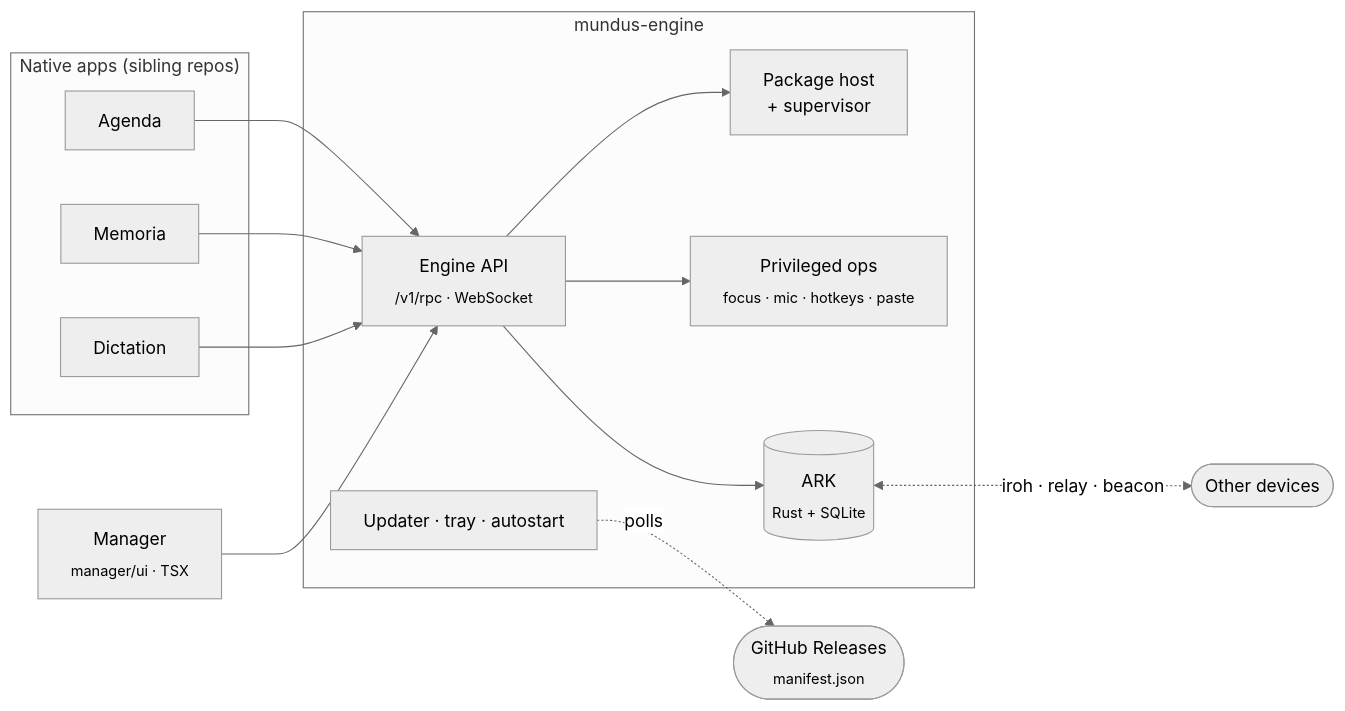
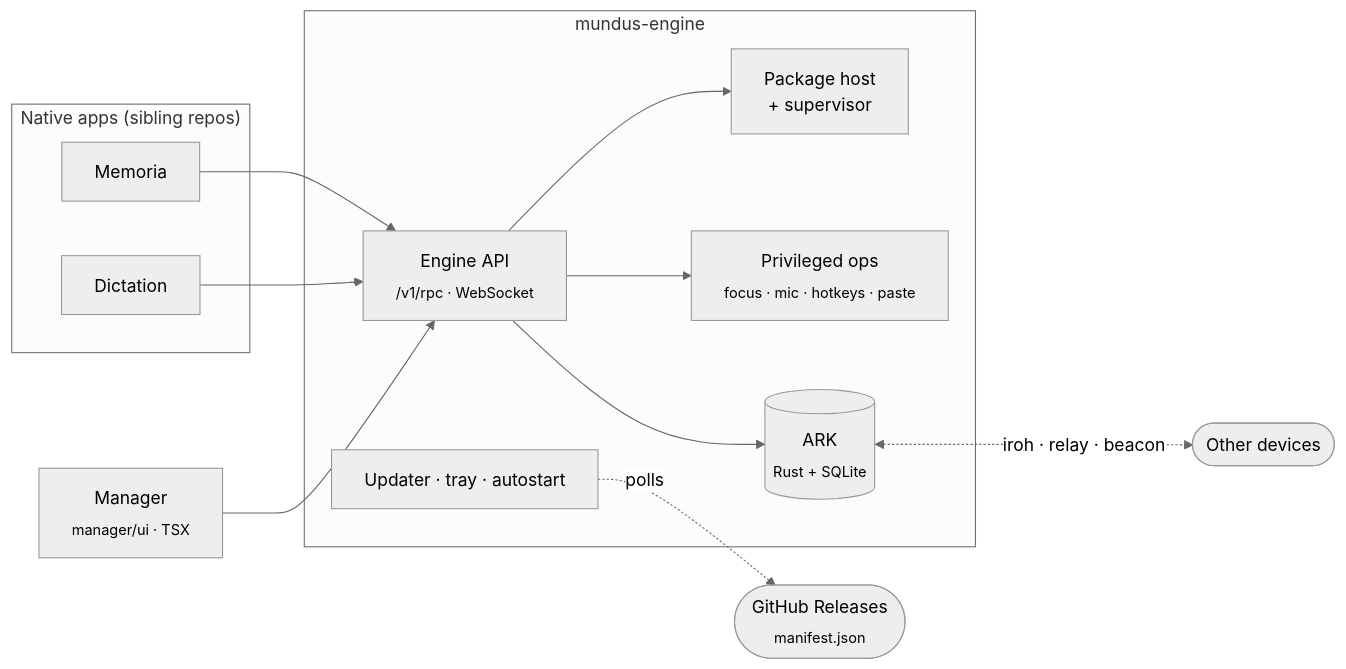
One commit to makekosmos/cortex changed the first of 2 diagrams in README.md. Above: the diagram before and after it, drawn with Mermaid (neutral theme). The commit also changed other lines of this file and 57 other files, not shown here.

````diff
--- a/README.md
+++ b/README.md
@@ -96,27 +95,26 @@
 ```mermaid
 flowchart LR
     subgraph apps["Native apps (sibling repos)"]
-        agenda["Agenda"]
         memoria["Memoria"]
         dictation["Dictation"]
     end
 
     manager["Manager<br/><sub>manager/ui · TSX</sub>"]
 
     subgraph engine["mundus-engine"]
         api["Engine API<br/><sub>/v1/rpc · WebSocket</sub>"]
         host["Package host<br/>+ supervisor"]
         priv["Privileged ops<br/><sub>focus · mic · hotkeys · paste</sub>"]
         updater["Updater · tray · autostart"]
         ark[("ARK<br/><sub>Rust + SQLite</sub>")]
     end
 
     peers(["Other devices"])
     feed(["GitHub Releases<br/><sub>manifest.json</sub>"])
 
-    agenda & memoria & dictation --> api
+    memoria & dictation --> api
     manager --> api
     api --> host & priv & ark
     ark <-. "iroh · relay · beacon" .-> peers
     updater -. polls .-> feed
 ```
````
